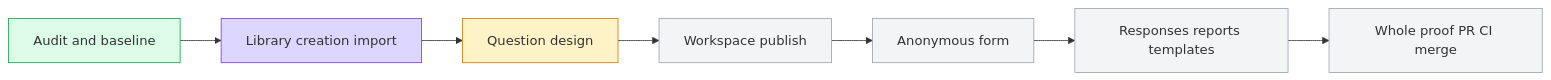
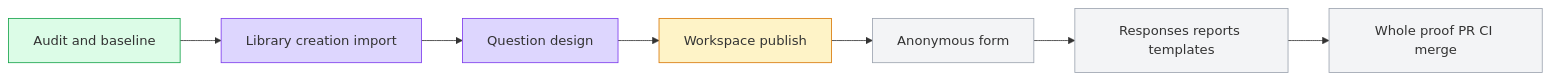
The diagram in docs/design/i18n-survey-journey/plan.md (boardx/workspacex), drawn with Mermaid before and after one commit. The commit also changed other lines of this file and 3 other files, not shown here.

````diff
--- a/docs/design/i18n-survey-journey/plan.md
+++ b/docs/design/i18n-survey-journey/plan.md
@@ -28,12 +28,13 @@
 ```mermaid
 flowchart LR
  A[Audit and baseline] --> B[Library creation import] --> C[Question design] --> D[Workspace publish] --> E[Anonymous form] --> F[Responses reports templates] --> G[Whole proof PR CI merge]
  classDef active fill:#fef3c7,stroke:#d97706
  classDef tested fill:#ddd6fe,stroke:#7c3aed
  classDef done fill:#dcfce7,stroke:#16a34a
  classDef pending fill:#f3f4f6,stroke:#9ca3af
  class A done
  class B tested
- class C active
- class D,E,F,G pending
+ class C tested
+ class D active
+ class E,F,G pending
 ```
````
